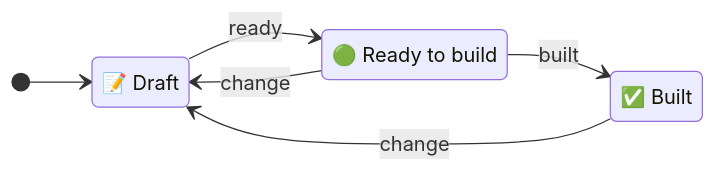
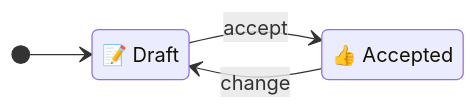
The diagram in docs/skills/spec.md (michaelmarconi/agentic-engineering), drawn with Mermaid before and after one commit. The commit also changed other lines of this file and 66 other files, not shown here.

First line of the commit message:
Give specs the statuses Draft and Accepted in the skills, docs and evals

````diff
--- a/docs/skills/spec.md
+++ b/docs/skills/spec.md
@@ -58,12 +58,9 @@
 ```mermaid
 stateDiagram-v2
     direction LR
     state "📝 Draft" as Draft
-    state "🟢 Ready to build" as Ready
-    state "✅ Built" as Built
+    state "👍 Accepted" as Accepted
     [*] --> Draft
-    Draft --> Ready: ready
-    Ready --> Draft: change
-    Ready --> Built: built
-    Built --> Draft: change
+    Draft --> Accepted: accept
+    Accepted --> Draft: change
 ```
````
